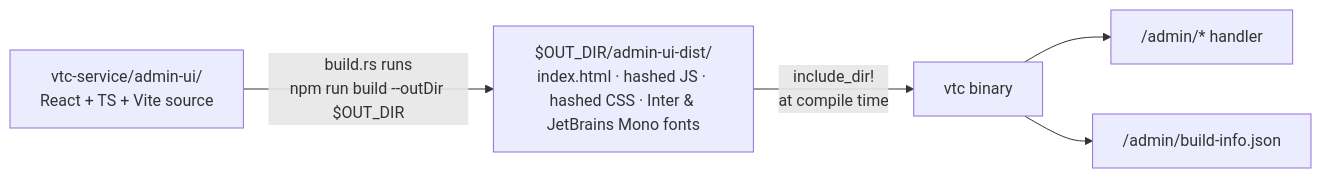
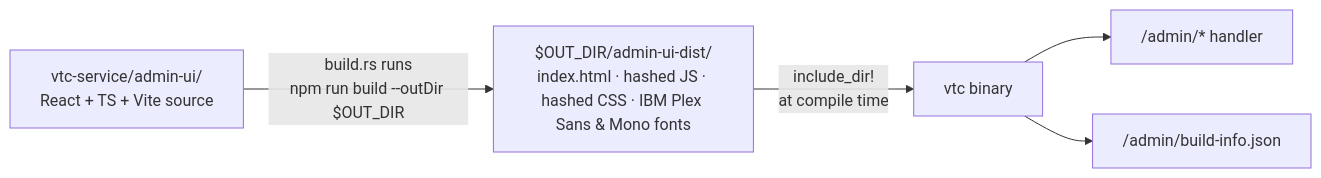
The fourth of 6 diagrams in docs/03-vtc/website-and-admin.md (DenisPopov15/verifiable-trust-infrastructure), drawn with Mermaid before and after one commit. The commit also changed other lines of this file and 10 other files, not shown here.

````diff
--- a/docs/03-vtc/website-and-admin.md
+++ b/docs/03-vtc/website-and-admin.md
@@ -299,13 +299,13 @@
 ```mermaid
 graph LR
     src[vtc-service/admin-ui/<br/>React + TS + Vite source]
-    dist["$OUT_DIR/admin-ui-dist/<br/>index.html · hashed JS · hashed CSS · Inter & JetBrains Mono fonts"]
+    dist["$OUT_DIR/admin-ui-dist/<br/>index.html · hashed JS · hashed CSS · IBM Plex Sans & Mono fonts"]
     binary[vtc binary]
     routes["/admin/* handler"]
     info["/admin/build-info.json"]
 
     src -- "build.rs runs<br/>npm run build --outDir $OUT_DIR" --> dist
     dist -- "include_dir!<br/>at compile time" --> binary
     binary --> routes
     binary --> info
 ```
````
